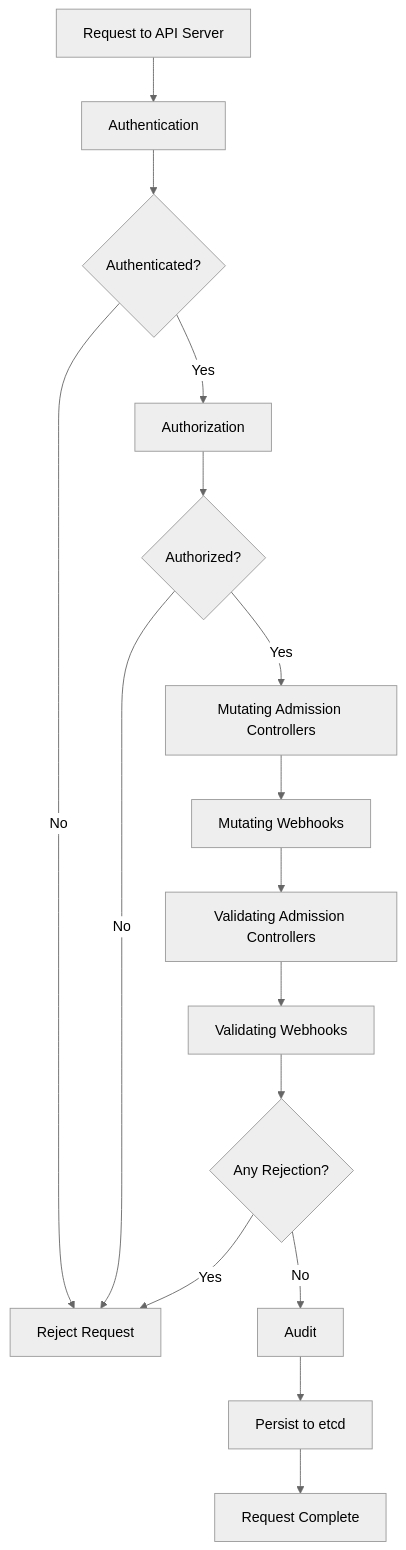
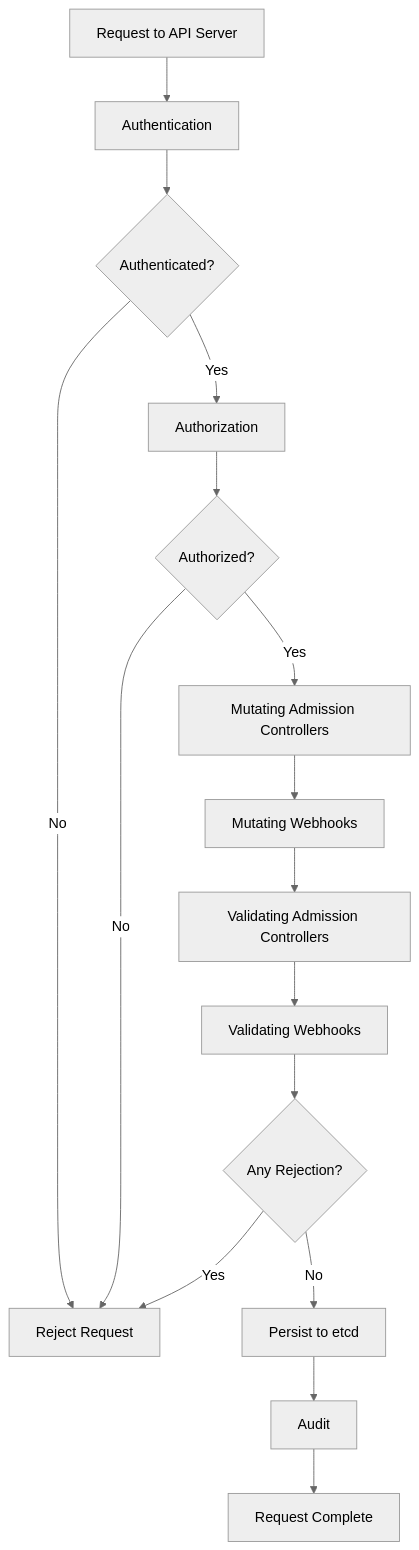
The diagram in 13-admission-control/2-mechanics/01-admission-controllers.md (MattiaFanan/k8s-notes), drawn with Mermaid (neutral theme) before and after one commit. The commit also changed other lines of this file and 66 other files, not shown here.

````diff
--- a/13-admission-control/2-mechanics/01-admission-controllers.md
+++ b/13-admission-control/2-mechanics/01-admission-controllers.md
@@ -164,18 +162,18 @@
 ```mermaid
 flowchart TD
     A[Request to API Server] --> B[Authentication]
     B --> C{Authenticated?}
     C -->|No| D[Reject Request]
     C -->|Yes| E[Authorization]
     E --> F{Authorized?}
     F -->|No| D
     F -->|Yes| G[Mutating Admission Controllers]
     G --> H[Mutating Webhooks]
     H --> I[Validating Admission Controllers]
     I --> J[Validating Webhooks]
     J --> K{Any Rejection?}
     K -->|Yes| D
-    K -->|No| L[Audit]
-    L --> M[Persist to etcd]
+    K -->|No| L[Persist to etcd]
+    L --> M[Audit]
     M --> N[Request Complete]
 ```
````
